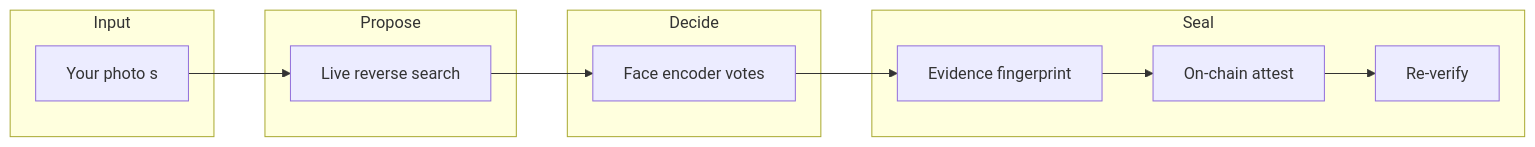
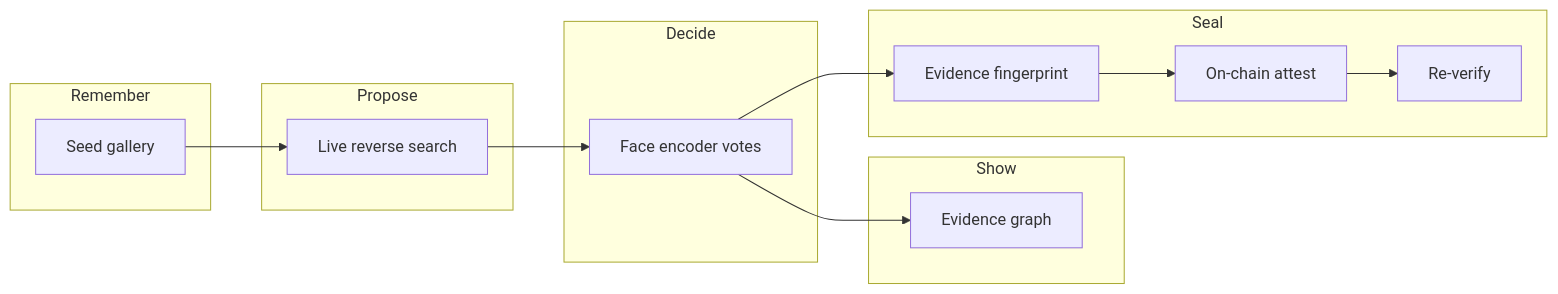
The first of 5 diagrams in README.md (kaushalya4s5s7/Eye-of-the-Witch), drawn with Mermaid before and after one commit. The commit also changed other lines of this file, not shown here.

````diff
--- a/README.md
+++ b/README.md
@@ -35,18 +37,22 @@
 ```mermaid
 flowchart LR
-  subgraph Input
-    A[Your photo s]
+  subgraph Remember
+    G[Seed gallery]
   end
   subgraph Propose
     B[Live reverse search]
   end
   subgraph Decide
     C[Face encoder votes]
   end
+  subgraph Show
+    M[Evidence graph]
+  end
   subgraph Seal
     D[Evidence fingerprint]
     E[On-chain attest]
     F[Re-verify]
   end
-  A --> B --> C --> D --> E --> F
+  G --> B --> C --> M
+  C --> D --> E --> F
 ```
````
